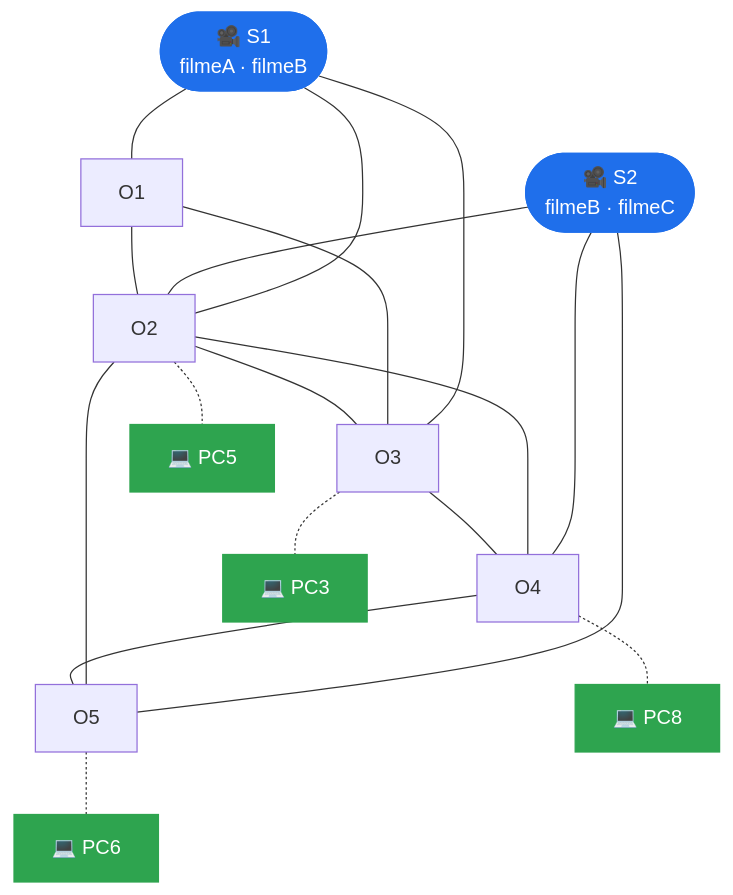
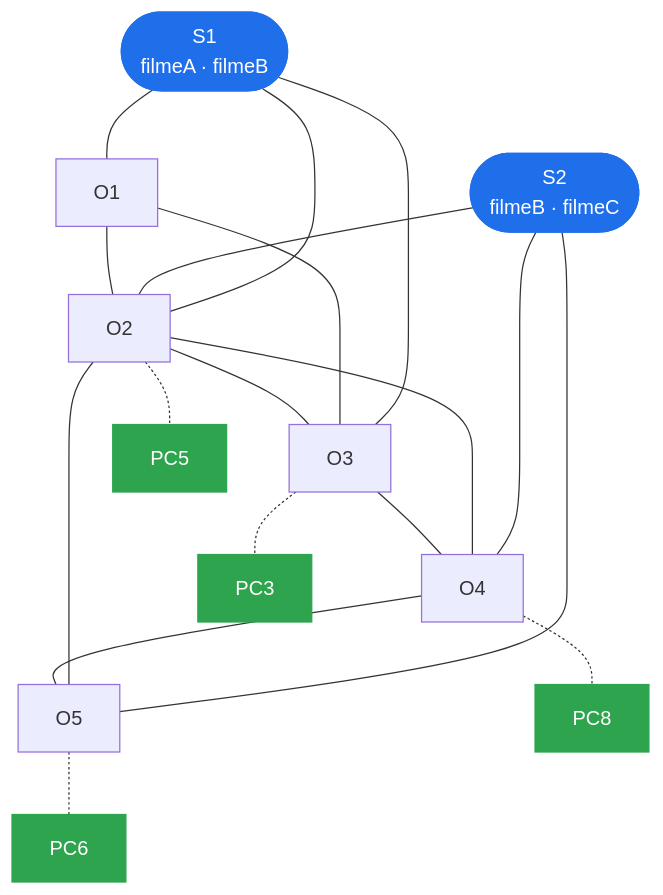
One commit to Hugo-Cunha/ESR-TP2 changed the diagram in README.md. Above: the diagram before and after it, drawn with Mermaid. The commit also changed other lines of this file, not shown here.

Commit message:
Correção de Incoerencias

````diff
--- a/README.md
+++ b/README.md
@@ -25,22 +25,22 @@
 ```mermaid
 graph TB
-    S1([🎥 S1<br/>filmeA · filmeB])
-    S2([🎥 S2<br/>filmeB · filmeC])
+    S1([S1<br/>filmeA · filmeB])
+    S2([S2<br/>filmeB · filmeC])
     S1 --- O1 & O2 & O3
     S2 --- O2 & O4 & O5
     O1 --- O2
     O1 --- O3
     O2 --- O3
     O2 --- O4
     O2 --- O5
     O3 --- O4
     O4 --- O5
-    O2 -.- C1[💻 PC5]
-    O3 -.- C2[💻 PC3]
-    O4 -.- C3[💻 PC8]
-    O5 -.- C4[💻 PC6]
+    O2 -.- C1[PC5]
+    O3 -.- C2[PC3]
+    O4 -.- C3[PC8]
+    O5 -.- C4[PC6]
     classDef srv fill:#1f6feb,color:#fff,stroke:#1f6feb
     classDef cli fill:#2ea44f,color:#fff,stroke:#2ea44f
     class S1,S2 srv
     class C1,C2,C3,C4 cli
 ```
````
